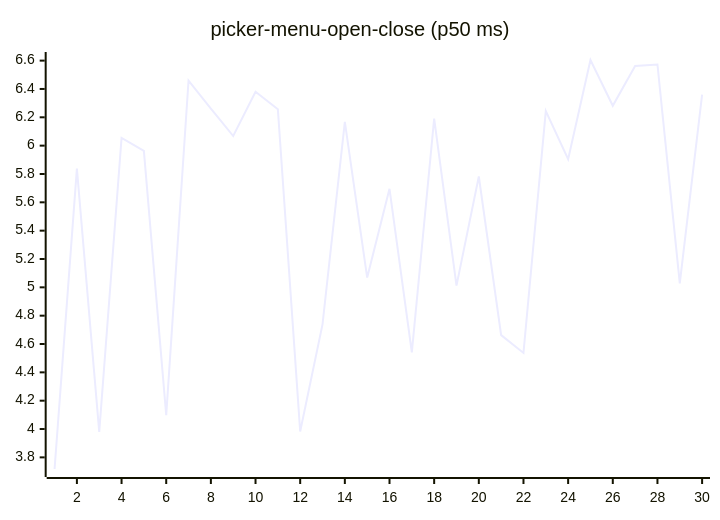
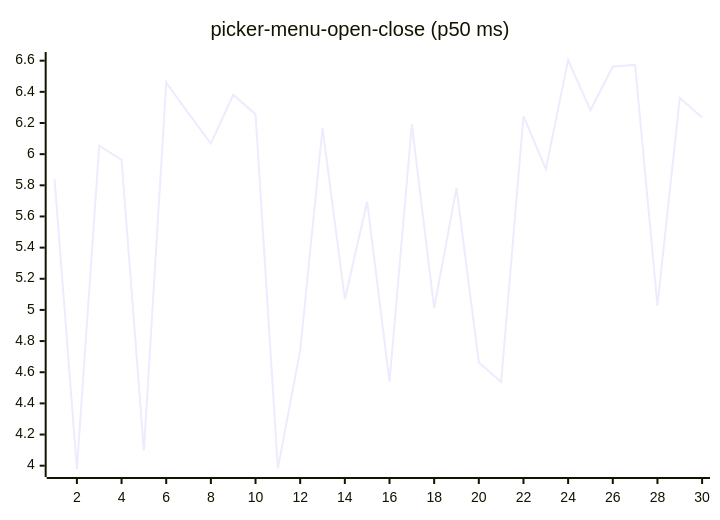
Diagram 16 of 27 in README.md (josha/Facet), drawn with Mermaid before and after one commit. The commit also changed other lines of this file and 2 other files, not shown here.

````diff
--- a/README.md
+++ b/README.md
@@ -168,6 +168,6 @@
 ```mermaid
 xychart-beta
     title "picker-menu-open-close (p50 ms)"
     x-axis 1 --> 30
-    line [3.7179, 5.8378, 3.9788, 6.0543, 5.9629, 4.0972, 6.4594, 6.2618, 6.0678, 6.3801, 6.2569, 3.9826, 4.7388, 6.1676, 5.0690, 5.6954, 4.5402, 6.1912, 5.0120, 5.7822, 4.6627, 4.5372, 6.2442, 5.9038, 6.6044, 6.2815, 6.5623, 6.5728, 5.0278, 6.3599]
+    line [5.8378, 3.9788, 6.0543, 5.9629, 4.0972, 6.4594, 6.2618, 6.0678, 6.3801, 6.2569, 3.9826, 4.7388, 6.1676, 5.0690, 5.6954, 4.5402, 6.1912, 5.0120, 5.7822, 4.6627, 4.5372, 6.2442, 5.9038, 6.6044, 6.2815, 6.5623, 6.5728, 5.0278, 6.3599, 6.2355]
 ```
````
